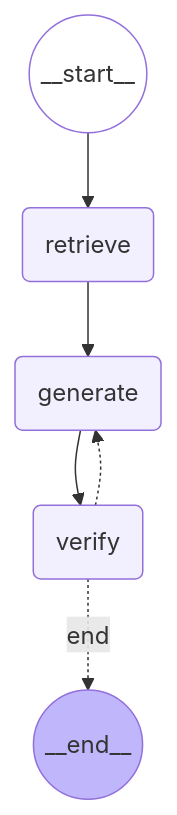
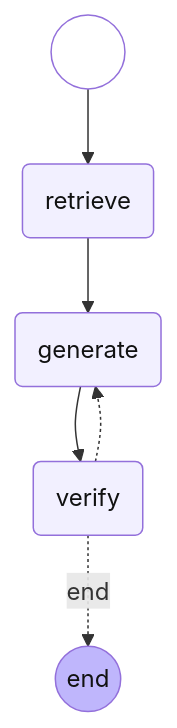
The diagram in 08/README.md (100-hours-a-week/KTB4-jimmy-AI), drawn with Mermaid before and after one commit.

Commit message:
Refactor mermaid diagram in README.md
Updated mermaid diagram syntax and styles in README.

````diff
--- a/08/README.md
+++ b/08/README.md
@@ -4,16 +4,16 @@
 ```mermaid
 graph TD
-    __start__((__start__)):::first
+    S((start)):::first
     retrieve(retrieve)
     generate(generate)
     verify(verify)
-    __end__((__end__)):::last
-    __start__ --> retrieve
+    E((end)):::last
+    S --> retrieve
     retrieve --> generate
     generate --> verify
-    verify -. end .-> __end__
+    verify -. end .-> E
     verify -.-> generate
-    classDef default fill:#f2f0ff,line-height:1.2
-    classDef first fill-opacity:0
-    classDef last fill:#bfb6fc
+    classDef default fill:#f2f0ff,color:#111,line-height:1.2
+    classDef first fill-opacity:0,color:#fff
+    classDef last fill:#bfb6fc,color:#111
 ```
````
